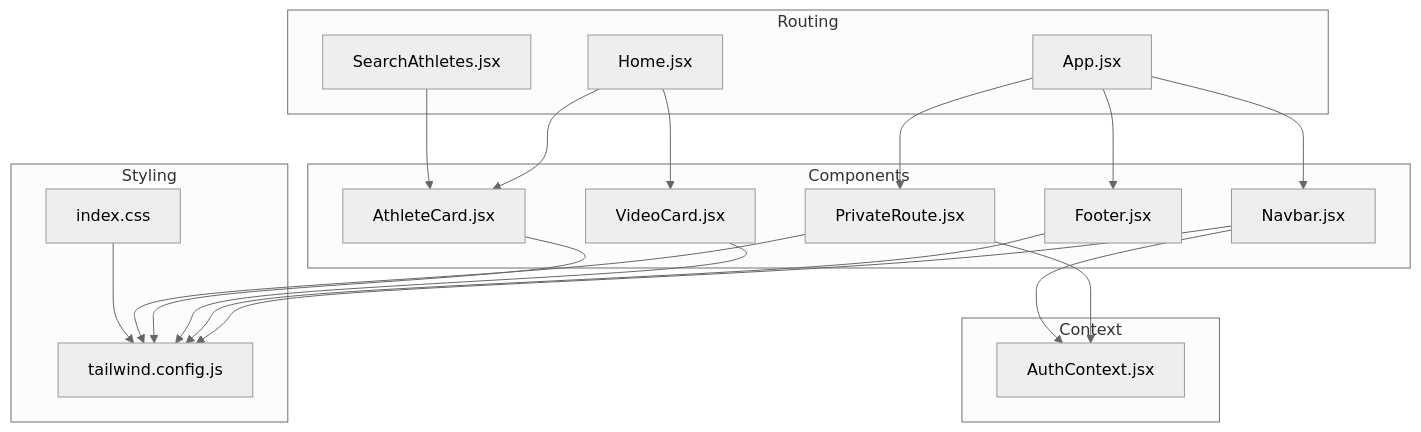
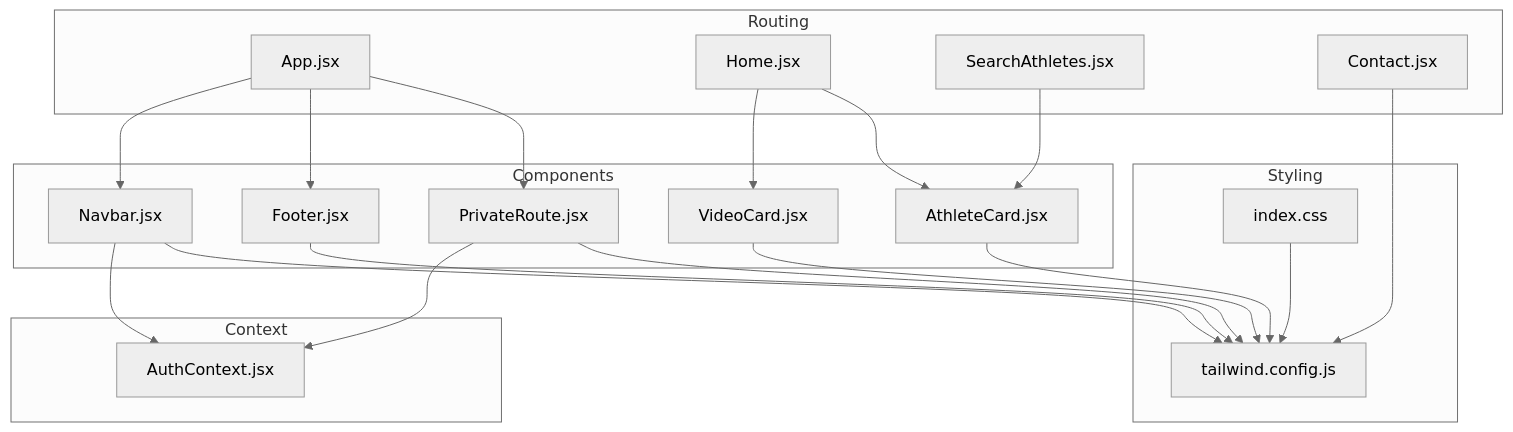
One commit to Alexandrexicara/craque-vision changed the first of 7 diagrams in .qoder/repowiki/en/content/Frontend Application/Component Library.md. Above: the diagram before and after it, drawn with Mermaid (neutral theme). The commit also changed other lines of this file and 2 other files, not shown here.

````diff
--- a/.qoder/repowiki/en/content/Frontend Application/Component Library.md
+++ b/.qoder/repowiki/en/content/Frontend Application/Component Library.md
@@ -35,36 +43,38 @@
 ```mermaid
 graph TB
 subgraph "Components"
 NB["Navbar.jsx"]
 FT["Footer.jsx"]
 VC["VideoCard.jsx"]
 AC["AthleteCard.jsx"]
 PR["PrivateRoute.jsx"]
 end
 subgraph "Context"
 ACtx["AuthContext.jsx"]
 end
 subgraph "Routing"
 APP["App.jsx"]
 HOME["Home.jsx"]
 SEARCH["SearchAthletes.jsx"]
+CONTACT["Contact.jsx"]
 end
 subgraph "Styling"
 TW["tailwind.config.js"]
 CSS["index.css"]
 end
 APP --> NB
 APP --> FT
 APP --> PR
 PR --> ACtx
 NB --> ACtx
 HOME --> VC
 HOME --> AC
 SEARCH --> AC
+CONTACT --> TW
 NB --> TW
 FT --> TW
 VC --> TW
 AC --> TW
 PR --> TW
 CSS --> TW
 ```
````
